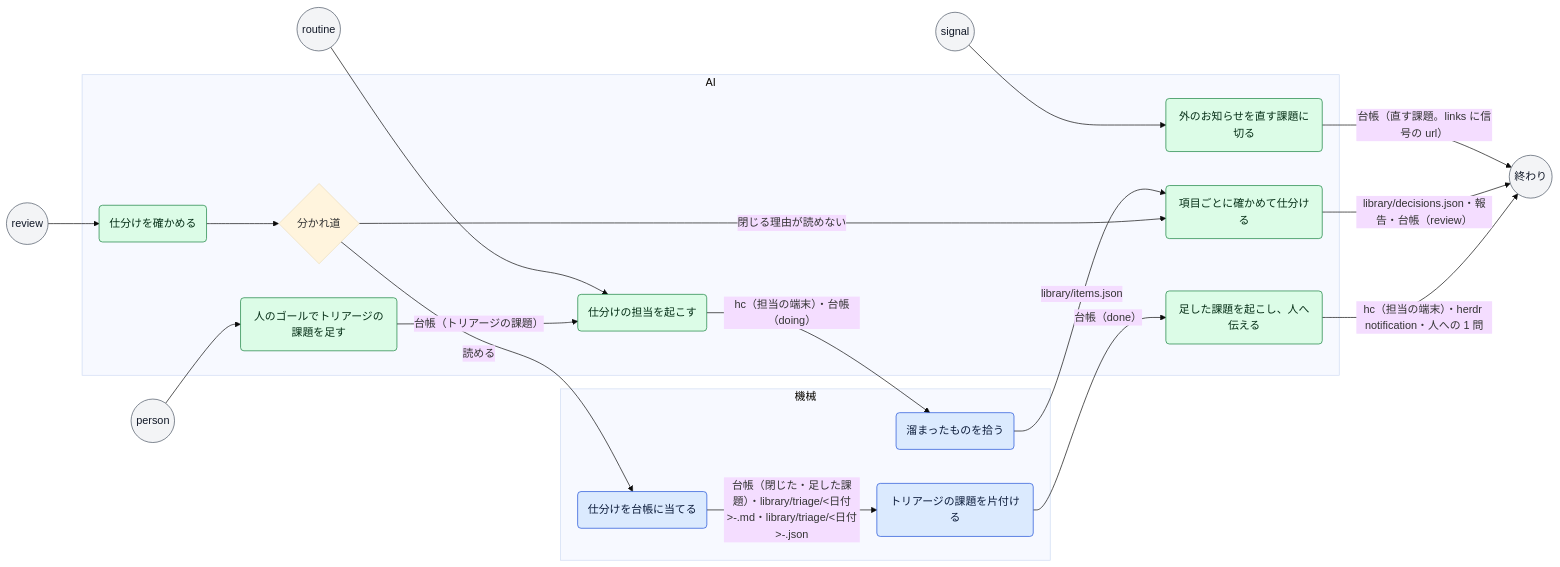
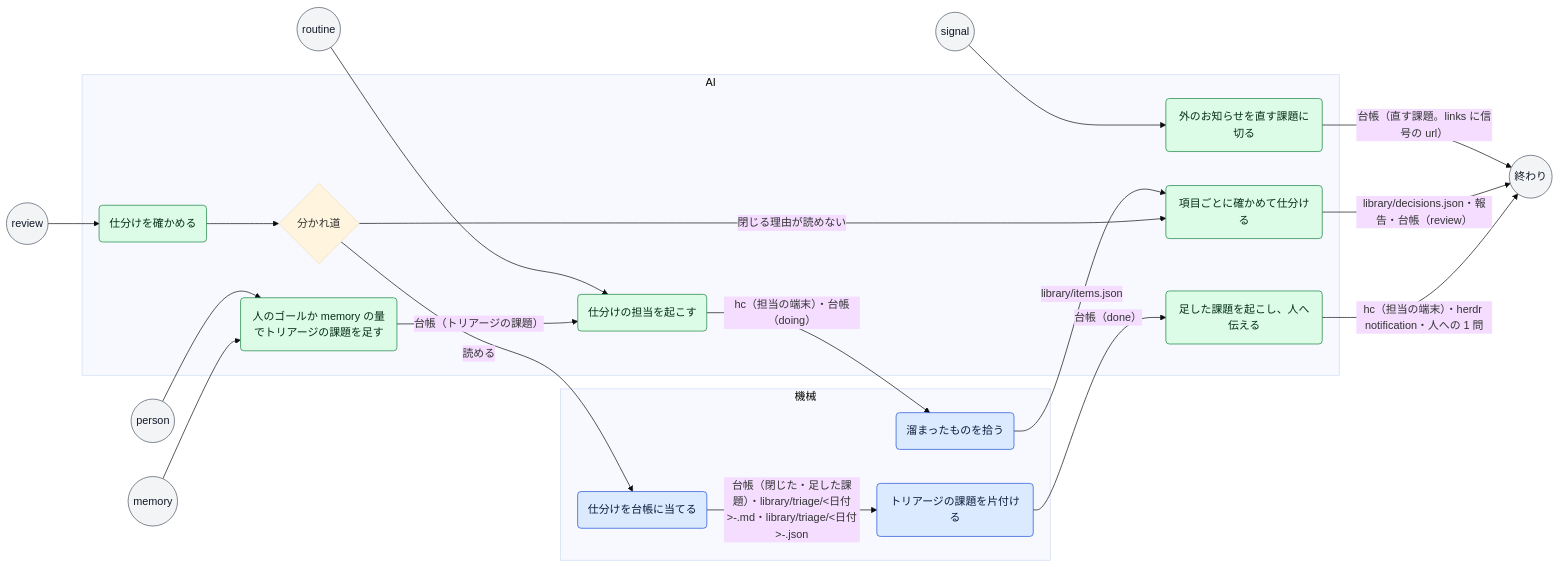
One commit to mitaku/andon changed the diagram in docs/process/triage.md. Above: the diagram before and after it, drawn with Mermaid (base theme). The commit also changed other lines of this file and 16 other files, not shown here.

````diff
--- a/docs/process/triage.md
+++ b/docs/process/triage.md
@@ -18,41 +19,43 @@
 ```mermaid
 flowchart LR
   classDef machine fill:#dbeafe,stroke:#1d4ed8,color:#0b1b3a
   classDef ai fill:#dcfce7,stroke:#15803d,color:#052e16
   classDef person fill:#fef3c7,stroke:#b45309,color:#3b1d02
   classDef event fill:#f3f4f6,stroke:#4b5563,color:#111827
   t_routine(("routine")):::event
   t_person(("person")):::event
   t_signal(("signal")):::event
+  t_memory(("memory")):::event
   t_review(("review")):::event
   subgraph lane_machine["機械"]
     s_collect("溜まったものを拾う"):::machine
     s_apply("仕分けを台帳に当てる"):::machine
     s_finish("トリアージの課題を片付ける"):::machine
   end
   subgraph lane_ai["AI"]
     s_signal("外のお知らせを直す課題に切る"):::ai
-    s_add("人のゴールでトリアージの課題を足す"):::ai
+    s_add("人のゴールか memory の量でトリアージの課題を足す"):::ai
     s_start("仕分けの担当を起こす"):::ai
     s_sort("項目ごとに確かめて仕分ける"):::ai
     s_check("仕分けを確かめる"):::ai
     g_check{"分かれ道"}
     s_follow("足した課題を起こし、人へ伝える"):::ai
   end
   t_routine --> s_start
   t_person --> s_add
   t_signal --> s_signal
+  t_memory --> s_add
   t_review --> s_check
   s_signal -->|"台帳（直す課題。links に信号の url）"| fin
   s_add -->|"台帳（トリアージの課題）"| s_start
   s_start -->|"hc（担当の端末）・台帳（doing）"| s_collect
   s_collect -->|"library/items.json"| s_sort
   s_sort -->|"library/decisions.json・報告・台帳（review）"| fin
   s_check --> g_check
   g_check -->|"閉じる理由が読めない"| s_sort
   g_check -->|"読める"| s_apply
   s_apply -->|"台帳（閉じた・足した課題）・library/triage/<日付>-<id>.md・library/triage/<日付>-<id>.json"| s_finish
   s_finish -->|"台帳（done）"| s_follow
   s_follow -->|"hc（担当の端末）・herdr notification・人への 1 問"| fin
   fin(("終わり")):::event
 ```
````
